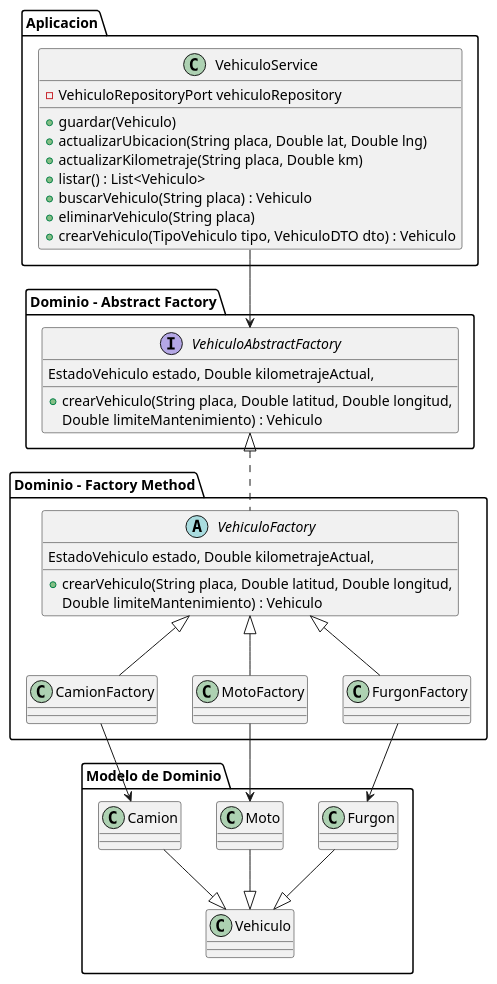
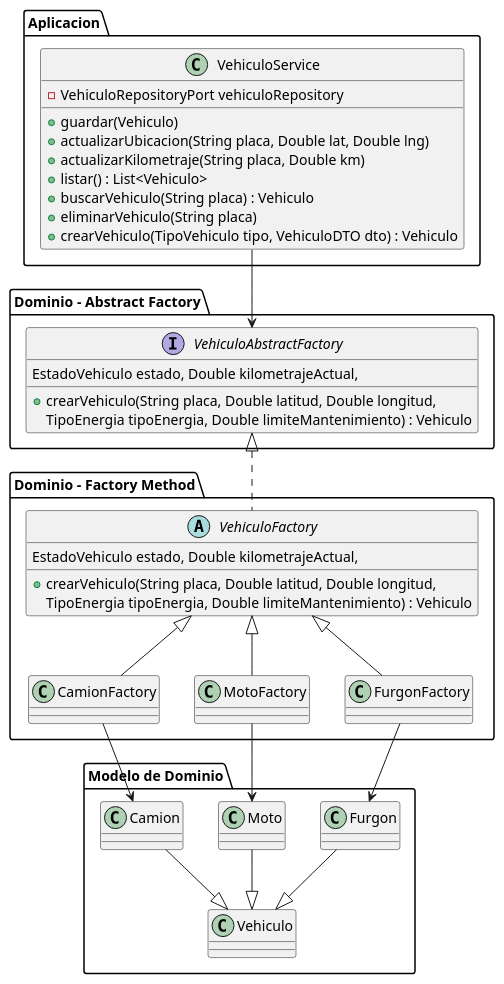
One commit to 3lz0mbr3r0/PatronesSoftware-GestionFlotas changed the diagram in flotasytransportes/UMLAbstractFactory.puml. Above: the diagram before and after it, drawn with PlantUML. The commit also changed 6 other files, not shown here.

```diff
--- a/flotasytransportes/UMLAbstractFactory.puml
+++ b/flotasytransportes/UMLAbstractFactory.puml
@@ -1,67 +1,67 @@
 @startuml
 
 package "Aplicacion" {
 
 class VehiculoService {
     - VehiculoRepositoryPort vehiculoRepository
     + guardar(Vehiculo)
     + actualizarUbicacion(String placa, Double lat, Double lng)
     + actualizarKilometraje(String placa, Double km)
     + listar() : List<Vehiculo>
     + buscarVehiculo(String placa) : Vehiculo
     + eliminarVehiculo(String placa)
     + crearVehiculo(TipoVehiculo tipo, VehiculoDTO dto) : Vehiculo
 }
 
 }
 
 package "Dominio - Abstract Factory" {
 
 interface VehiculoAbstractFactory {
     + crearVehiculo(String placa, Double latitud, Double longitud,
       EstadoVehiculo estado, Double kilometrajeActual,
-      Double limiteMantenimiento) : Vehiculo
+      TipoEnergia tipoEnergia, Double limiteMantenimiento) : Vehiculo
 }
 
 }
 
 package "Dominio - Factory Method" {
 
 abstract class VehiculoFactory {
     + crearVehiculo(String placa, Double latitud, Double longitud,
       EstadoVehiculo estado, Double kilometrajeActual,
-      Double limiteMantenimiento) : Vehiculo
+      TipoEnergia tipoEnergia, Double limiteMantenimiento) : Vehiculo
 }
 
 class CamionFactory
 class MotoFactory
 class FurgonFactory
 
 }
 
 package "Modelo de Dominio" {
 
 class Vehiculo
 class Camion
 class Moto
 class Furgon
 
 }
 
 VehiculoService --> VehiculoAbstractFactory
 
 VehiculoAbstractFactory <|.. VehiculoFactory
 
 VehiculoFactory <|-- CamionFactory
 VehiculoFactory <|-- MotoFactory
 VehiculoFactory <|-- FurgonFactory
 
 CamionFactory --> Camion
 MotoFactory --> Moto
 FurgonFactory --> Furgon
 
 Camion --|> Vehiculo
 Moto --|> Vehiculo
 Furgon --|> Vehiculo
 
 @enduml
```
